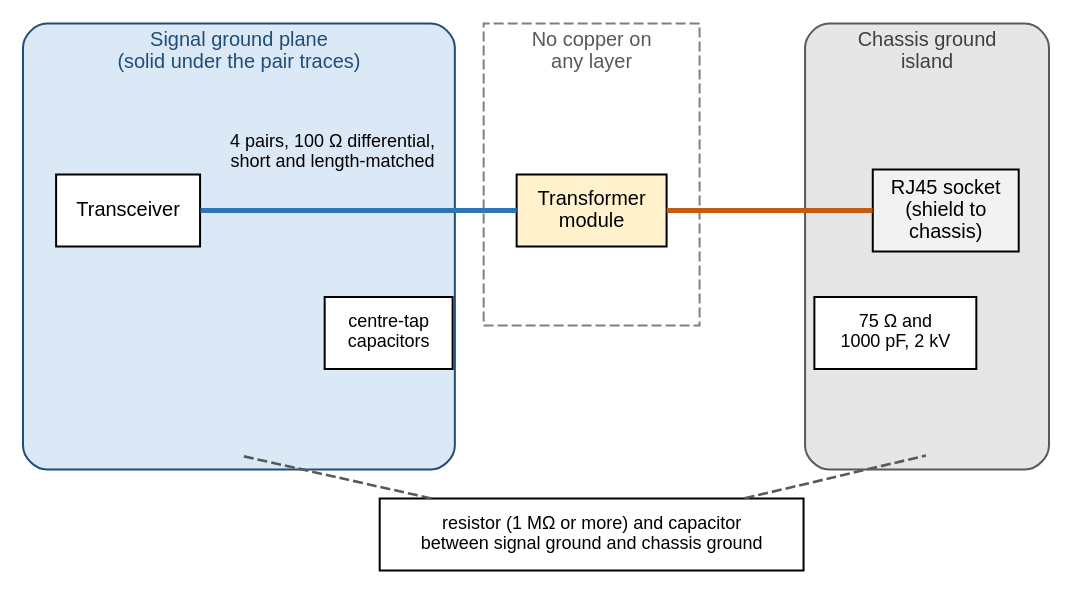
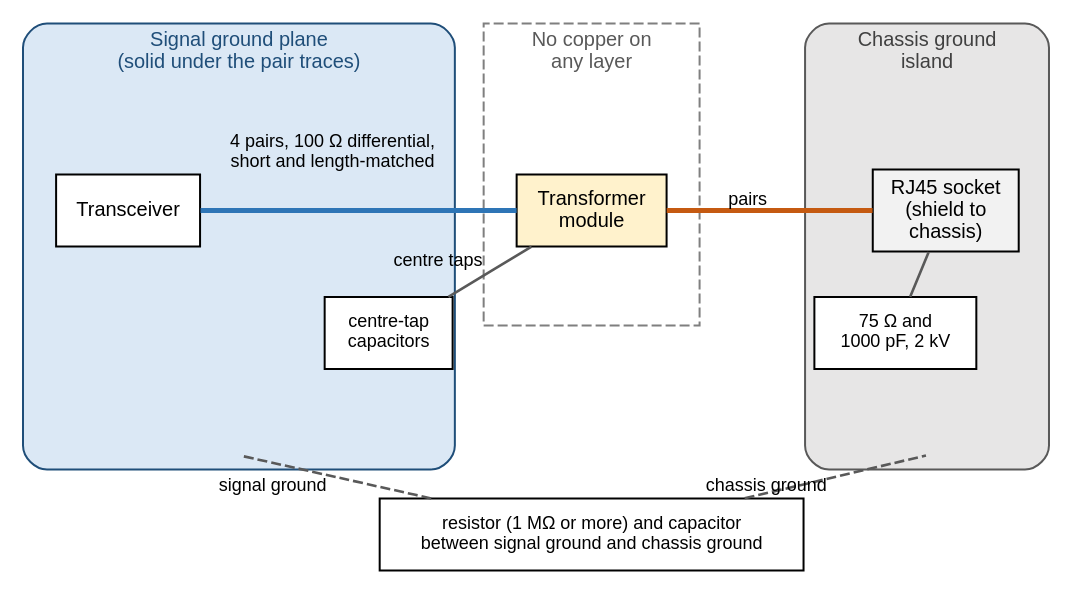
The diagram in docs/ethernet/magnetics/layout.dot (mithro/evampire), drawn with Graphviz before and after one commit. The commit also changed 5 other files, not shown here.

First line of the commit message:
Label magnetics diagram edges and add the capacitor and isolation figures

```diff
--- a/docs/ethernet/magnetics/layout.dot
+++ b/docs/ethernet/magnetics/layout.dot
@@ -1,52 +1,53 @@
 // Top view of the board areas around one Ethernet port.
 //
 // SPDX-License-Identifier: Apache-2.0
 
 graph layout_regions {
     graph [layout=neato, splines=line, fontname="Helvetica", fontsize=11,
            outputorder=nodesfirst];
     node  [fontname="Helvetica", fontsize=10, pin=true];
     edge  [fontname="Helvetica", fontsize=9, penwidth=1.3];
 
     // Board areas, drawn as large boxes behind the parts.
     gnd [pos="1.20,0.75!", shape=box, style="filled,rounded", fillcolor="#dbe8f5",
          color="#1f4e79", width=3.0, height=3.1, fixedsize=true,
          label="", xlabel=""];
     gnd_t [pos="1.20,2.1!", shape=plain, fontcolor="#1f4e79",
            label="Signal ground plane\n(solid under the pair traces)"];
 
     keep [pos="3.65,1.25!", shape=box, style="filled,dashed", fillcolor="#ffffff",
           color="#7f7f7f", width=1.5, height=2.1, fixedsize=true, label=""];
     keep_t [pos="3.65,2.1!", shape=plain, fontcolor="#595959",
             label="No copper on\nany layer"];
 
     chas [pos="5.98,0.75!", shape=box, style="filled,rounded", fillcolor="#e7e6e6",
           color="#595959", width=1.7, height=3.1, fixedsize=true, label=""];
     chas_t [pos="5.98,2.1!", shape=plain, fontcolor="#404040",
             label="Chassis ground\nisland"];
 
     pairs_t [pos="1.85,1.4!", shape=plain, fontsize=9,
              label="4 pairs, 100 Ω differential,\nshort and length-matched"];
 
     // Parts.
     phy  [pos="0.43,1.0!", shape=box, style=filled, fillcolor="#ffffff",
           label="Transceiver"];
     cct  [pos="2.24,0.15!", shape=box, style=filled, fillcolor="#ffffff",
           fontsize=9, label="centre-tap\ncapacitors"];
     xfmr [pos="3.65,1.0!", shape=box, style=filled, fillcolor="#fff2cc",
           label="Transformer\nmodule"];
     rj45 [pos="6.11,1.0!", shape=box, style=filled, fillcolor="#f2f2f2",
           label="RJ45 socket\n(shield to\nchassis)"];
     bs   [pos="5.76,0.15!", shape=box, style=filled, fillcolor="#ffffff",
           fontsize=9, label="75 Ω and\n1000 pF, 2 kV"];
     rc   [pos="3.65,-1.25!", shape=box, style=filled, fillcolor="#ffffff",
           fontsize=9, label="resistor (1 MΩ or more) and capacitor\nbetween signal ground and chassis ground"];
     rcl  [pos="1.20,-0.70!", shape=point, width=0.01, height=0.01, style=invis];
     rcr  [pos="5.98,-0.70!", shape=point, width=0.01, height=0.01, style=invis];
 
-    phy -- xfmr [
-                 penwidth=2.5, color="#2e75b6"];
-    xfmr -- rj45 [penwidth=2.5, color="#c55a11"];
-    rc -- rcl [style=dashed, color="#595959"];
-    rc -- rcr [style=dashed, color="#595959"];
+    phy -- xfmr [penwidth=2.5, color="#2e75b6"];
+    xfmr -- rj45 [penwidth=2.5, color="#c55a11", label="pairs"];
+    cct -- xfmr [color="#595959", label="centre taps"];
+    bs -- rj45 [color="#595959"];
+    rc -- rcl [style=dashed, color="#595959", label="signal ground"];
+    rc -- rcr [style=dashed, color="#595959", label="chassis ground"];
 }
```
